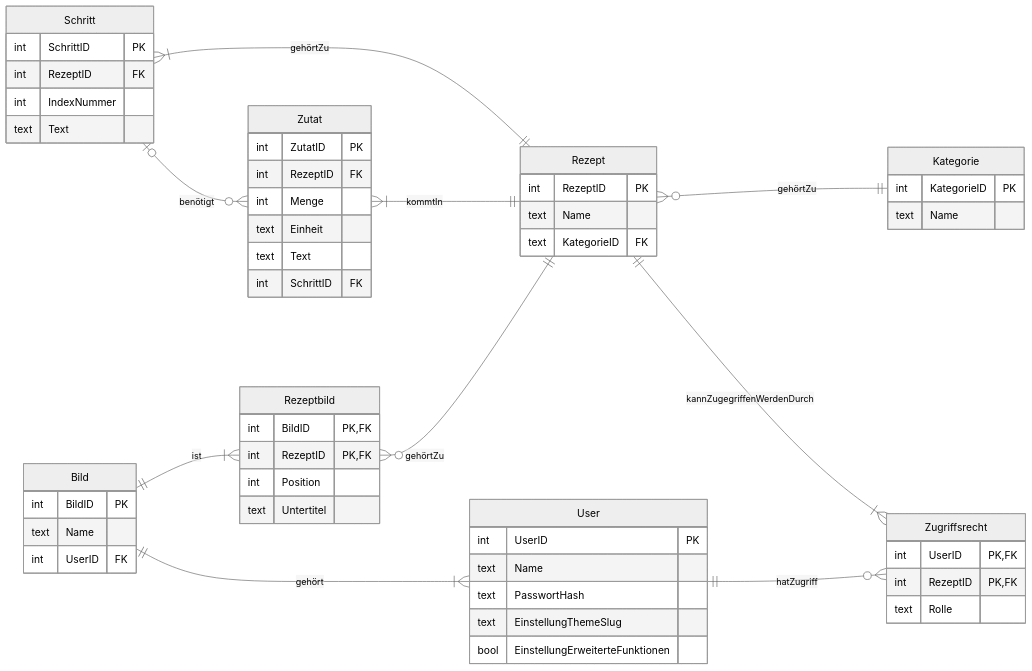
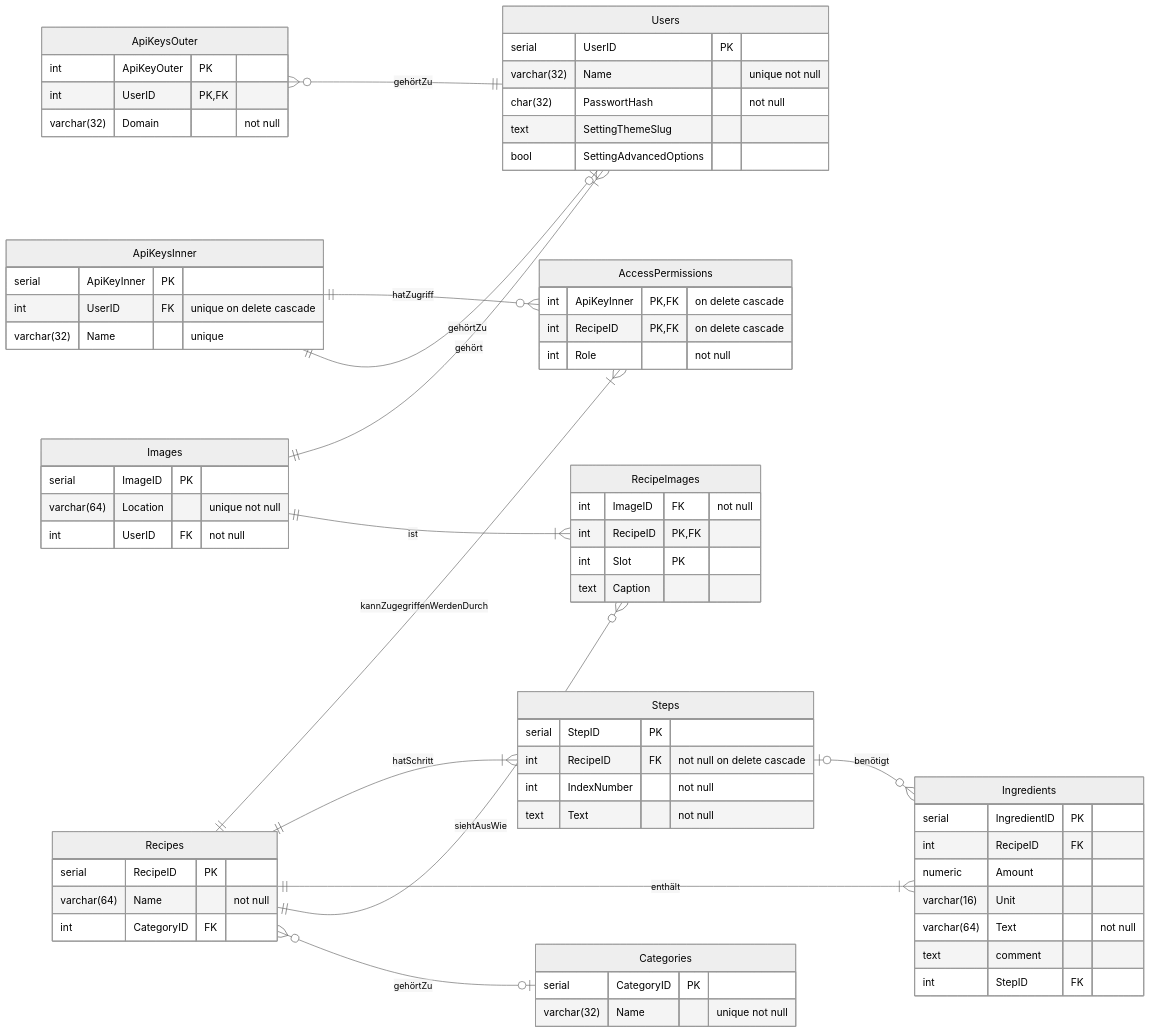
Before and after one commit to juve33/kochbuch: the diagram in db.md, drawn with Mermaid (neutral theme). The commit also changed 5 other files, not shown here.

````diff
--- a/db.md
+++ b/db.md
@@ -4,67 +4,82 @@
 erDiagram
 direction LR
 
-Rezept {
-    int RezeptID PK
-    text Name
-    text KategorieID FK
+Users {
+    serial UserID PK
+    varchar(32) Name "unique not null"
+    char(32) PasswortHash "not null"
+    text SettingThemeSlug
+    bool SettingAdvancedOptions
 }
 
-Kategorie {
-    int KategorieID PK
-    text Name
+Categories {
+    serial CategoryID PK
+    varchar(32) Name "unique not null"
 }
 
-Bild {
-    int BildID PK
-    text Name
-    int UserID FK
+Recipes {
+    serial RecipeID PK
+    varchar(64) Name "not null"
+    int CategoryID FK
 }
 
-Rezeptbild {
-    int BildID PK, FK
-    int RezeptID PK, FK
-    int Position
-    text Untertitel
+Steps {
+    serial StepID PK
+    int RecipeID FK "not null on delete cascade"
+    int IndexNumber "not null"
+    text Text "not null"
 }
 
-Zutat {
-    int ZutatID PK
-    int RezeptID FK
-    int Menge
-    text Einheit
-    text Text
-    int SchrittID FK
+Ingredients {
+    serial IngredientID PK
+    int RecipeID FK
+    numeric Amount
+    varchar(16) Unit
+    varchar(64) Text "not null"
+    text comment
+    int StepID FK
 }
 
-Schritt {
-    int SchrittID PK
-    int RezeptID FK
-    int IndexNummer
-    text Text
+ApiKeysInner {
+    serial ApiKeyInner PK
+    int UserID FK "unique on delete cascade"
+    varchar(32) Name "unique"
 }
 
-User {
-    int UserID PK
-    text Name
-    text PasswortHash
-    text EinstellungThemeSlug
-    bool EinstellungErweiterteFunktionen
+ApiKeysOuter {
+    int ApiKeyOuter PK
+    int UserID PK, FK
+    varchar(32) Domain "not null"
 }
 
-Zugriffsrecht {
-    int UserID PK, FK
-    int RezeptID PK, FK
-    text Rolle
+AccessPermissions {
+    int ApiKeyInner PK, FK "on delete cascade"
+    int RecipeID PK, FK "on delete cascade"
+    int Role "not null"
 }
 
-Rezept }o--|| Kategorie: gehörtZu
-Bild ||--|{ Rezeptbild: ist
-Rezeptbild }o--|| Rezept: gehörtZu
-Bild ||--|{ User: gehört
-Zutat }|--|| Rezept: kommtIn
-Schritt }|--|| Rezept: gehörtZu
-Schritt |o--o{ Zutat: benötigt
-User ||--o{ Zugriffsrecht: hatZugriff
-Rezept ||--|{ Zugriffsrecht: kannZugegriffenWerdenDurch
+Images {
+    serial ImageID PK
+    varchar(64) Location "unique not null"
+    int UserID FK "not null"
+}
+
+RecipeImages {
+    int ImageID FK "not null"
+    int RecipeID PK, FK
+    int Slot PK
+    text Caption
+}
+
+Recipes }o--o| Categories: gehörtZu
+Images ||--|{ RecipeImages: ist
+Recipes ||--o{ RecipeImages: siehtAusWie
+Images ||--|{ Users: gehört
+Recipes ||--|{ Ingredients: enthält
+Recipes ||--|{ Steps: hatSchritt
+Steps |o--o{ Ingredients: benötigt
+ApiKeysInner ||--o| Users: gehörtZu
+ApiKeysOuter }o--|| Users: gehörtZu
+ApiKeysInner ||--o{ AccessPermissions: hatZugriff
+Recipes ||--|{ AccessPermissions: kannZugegriffenWerdenDurch
 ```
````
